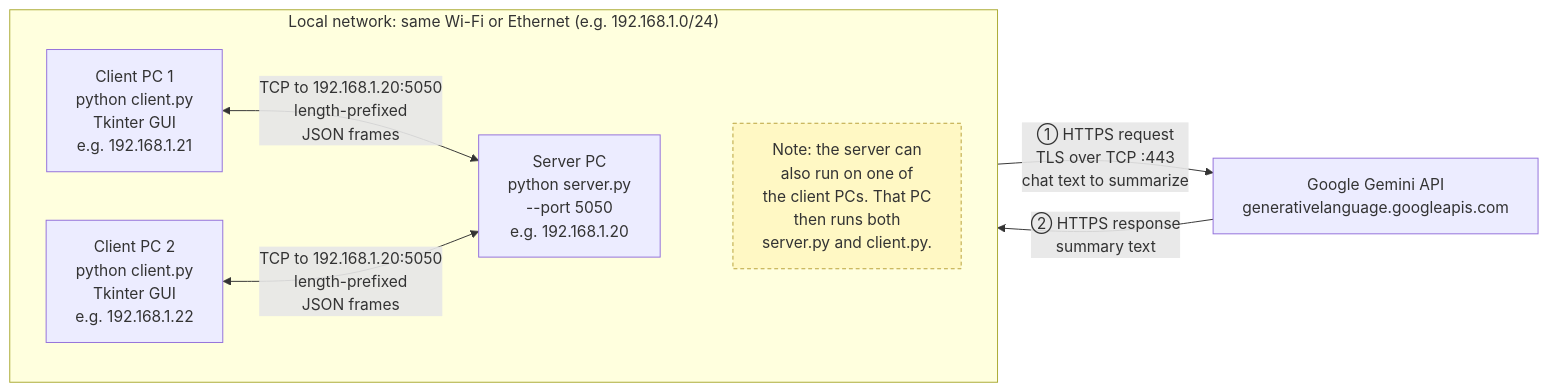
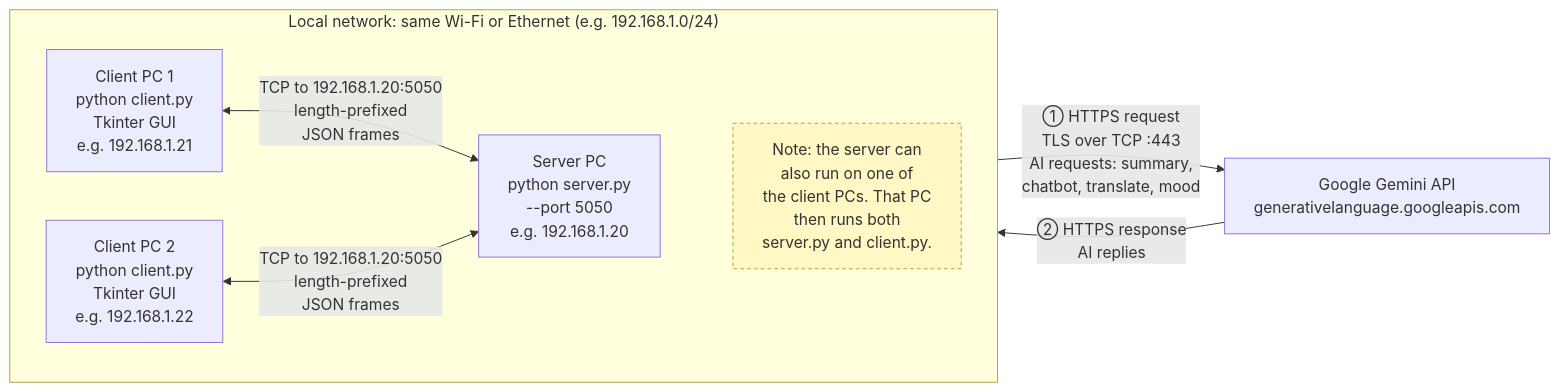
Before and after one commit to TanakritEuro/comnet-socket-chat: the first of 6 diagrams in docs/ARCHITECTURE.md, drawn with Mermaid. The commit also changed other lines of this file and 4 other files, not shown here.

First line of the commit message:
fix: group buttons/chat box always visible on small screens; AI diagram labels (#19)

````diff
--- a/docs/ARCHITECTURE.md
+++ b/docs/ARCHITECTURE.md
@@ -15,18 +15,18 @@
 ```mermaid
 flowchart LR
     subgraph LAN["Local network: same Wi-Fi or Ethernet (e.g. 192.168.1.0/24)"]
         direction LR
         A["Client PC 1<br/>python client.py<br/>Tkinter GUI<br/>e.g. 192.168.1.21"]
         B["Client PC 2<br/>python client.py<br/>Tkinter GUI<br/>e.g. 192.168.1.22"]
         S["Server PC<br/>python server.py<br/>--port 5050<br/>e.g. 192.168.1.20"]
         N["Note: the server can<br/>also run on one of<br/>the client PCs. That PC<br/>then runs both<br/>server.py and client.py."]
         A <-->|"TCP to 192.168.1.20:5050<br/>length-prefixed<br/>JSON frames"| S
         B <-->|"TCP to 192.168.1.20:5050<br/>length-prefixed<br/>JSON frames"| S
         S ~~~ N
     end
     G["Google Gemini API<br/>generativelanguage.googleapis.com"]
-    S -->|"① HTTPS request<br/>TLS over TCP :443<br/>chat text to summarize"| G
-    G -->|"② HTTPS response<br/>summary text"| S
+    S -->|"① HTTPS request<br/>TLS over TCP :443<br/>AI requests: summary,<br/>chatbot, translate, mood"| G
+    G -->|"② HTTPS response<br/>AI replies"| S
     classDef note fill:#fff8c4,stroke:#b8a23a,stroke-dasharray:4 3,color:#333
     class N note
 ```
````
